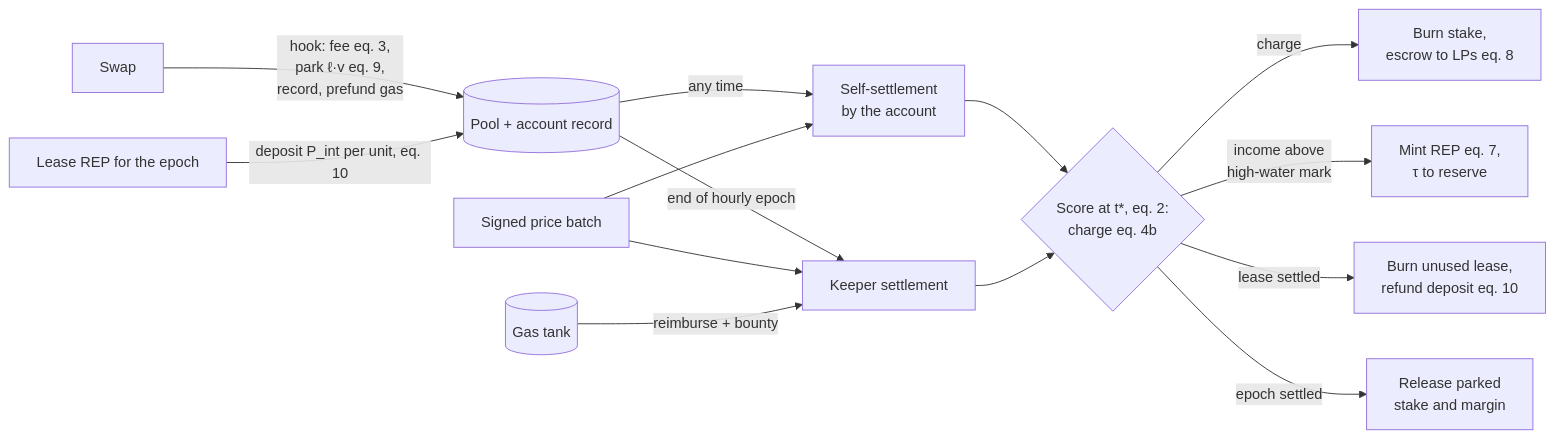
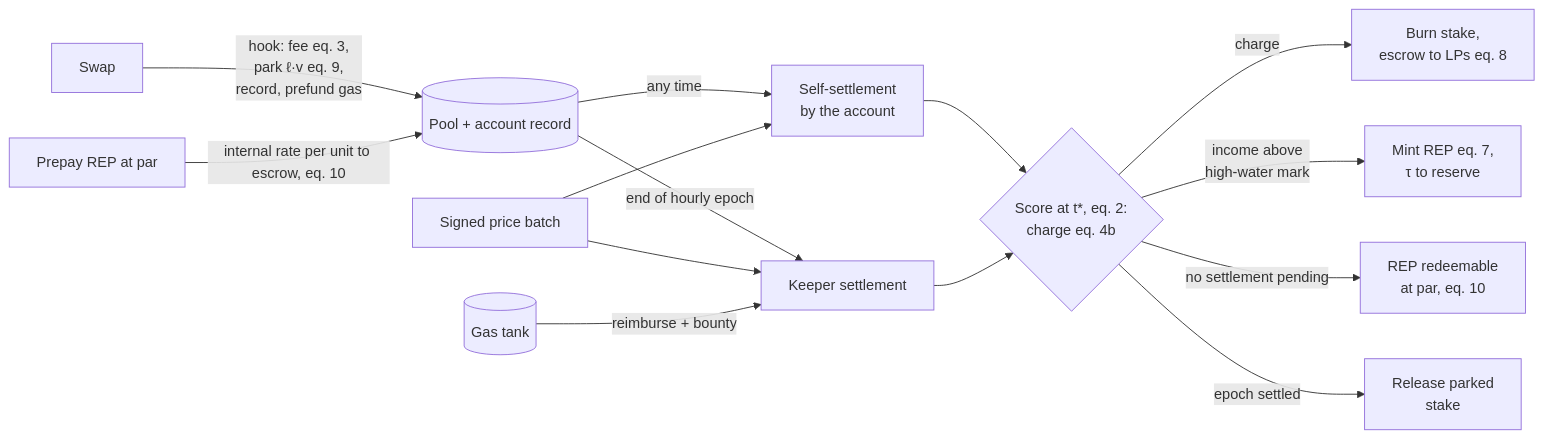
The first of 3 diagrams in paper.md (peersky/ammbro), drawn with Mermaid before and after one commit. The commit also changed other lines of this file and 5 other files, not shown here.

First line of the commit message:
docs: REP is issued only by swaps, prepaid at par and redeemable at par once settled

````diff
--- a/paper.md
+++ b/paper.md
@@ -81,16 +81,16 @@
 ```mermaid
 flowchart LR
   S[Swap] -->|hook: fee eq. 3,<br/>park ℓ·v eq. 9,<br/>record, prefund gas| P[(Pool + account record)]
-  L[Lease REP for the epoch] -->|deposit P_int per unit, eq. 10| P
+  L[Prepay REP at par] -->|internal rate per unit to escrow, eq. 10| P
   P -->|any time| SS[Self-settlement<br/>by the account]
   P -->|end of hourly epoch| K[Keeper settlement]
   O[Signed price batch] --> SS
   O --> K
   SS --> R{Score at t*, eq. 2:<br/>charge eq. 4b}
   K --> R
   R -->|charge| B[Burn stake,<br/>escrow to LPs eq. 8]
   R -->|income above<br/>high-water mark| M[Mint REP eq. 7,<br/>τ to reserve]
-  R -->|lease settled| A[Burn unused lease,<br/>refund deposit eq. 10]
-  R -->|epoch settled| U[Release parked<br/>stake and margin]
+  R -->|no settlement pending| A[REP redeemable<br/>at par, eq. 10]
+  R -->|epoch settled| U[Release parked<br/>stake]
   T[(Gas tank)] -->|reimburse + bounty| K
 ```
````
